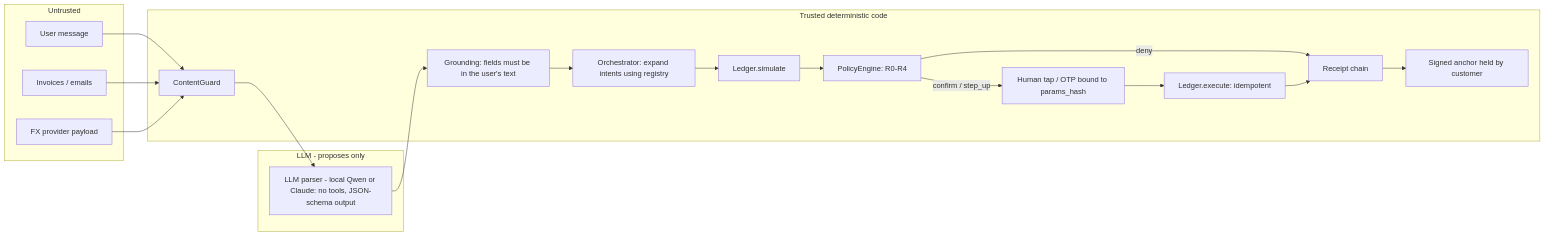
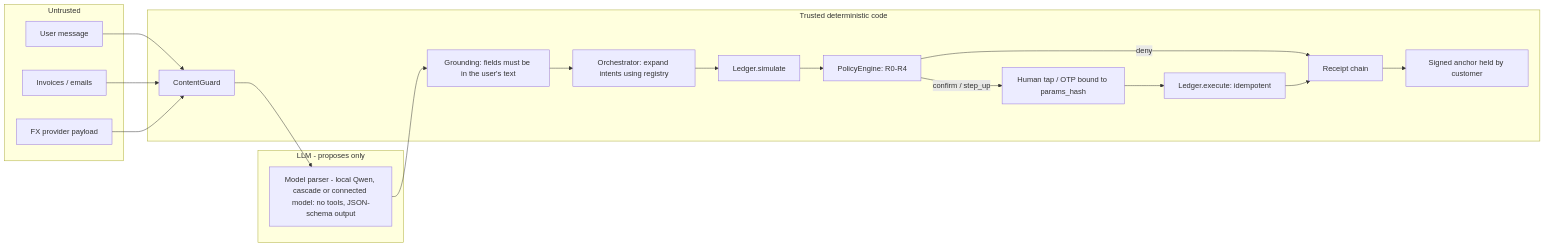
Before and after one commit to Arracheur2Bonnet/Borderless: the diagram in deliverables/technical_document.md, drawn with Mermaid. The commit also changed other lines of this file and 102 other files, not shown here.

````diff
--- a/deliverables/technical_document.md
+++ b/deliverables/technical_document.md
@@ -132,28 +143,28 @@
 ```mermaid
 flowchart LR
   subgraph U[Untrusted]
     M[User message]
     D[Invoices / emails]
     F[FX provider payload]
   end
   subgraph L[LLM - proposes only]
-    C[LLM parser - local Qwen or Claude: no tools, JSON-schema output]
+    C[Model parser - local Qwen, cascade or connected model: no tools, JSON-schema output]
   end
   subgraph T[Trusted deterministic code]
     G[ContentGuard]
     GR[Grounding: fields must be in the user's text]
     O[Orchestrator: expand intents using registry]
     S[Ledger.simulate]
     P[PolicyEngine: R0-R4]
     H[Human tap / OTP bound to params_hash]
     X[Ledger.execute: idempotent]
     R[Receipt chain]
     A[Signed anchor held by customer]
   end
   M --> G --> C --> GR --> O --> S --> P
   D --> G
   F --> G
   P -- deny --> R
   P -- confirm / step_up --> H --> X --> R
   R --> A
 ```
````
